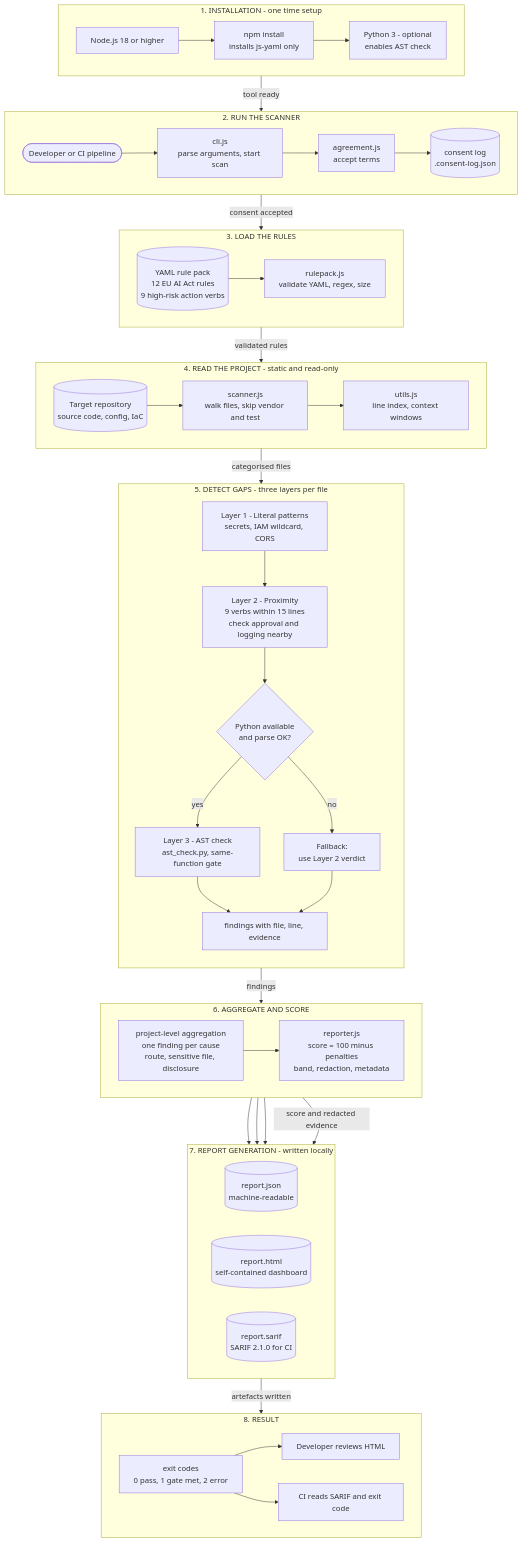
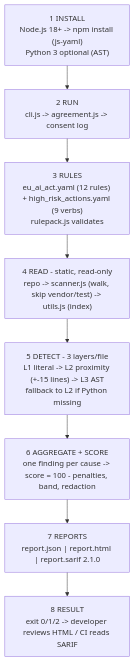
One commit to 2005mohit/-governance-platform- changed the diagram in docs/architecture/system-design-architecture.mmd. Above: the diagram before and after it, drawn with Mermaid. The commit also changed 1 other file, not shown here.

Commit message:
docs: compact the architecture diagram to one small Mermaid flow

```diff
--- a/docs/architecture/system-design-architecture.mmd
+++ b/docs/architecture/system-design-architecture.mmd
@@ -1,89 +1,10 @@
 flowchart TB
-    %% ========== 1. INSTALLATION ==========
-    subgraph S1["1. INSTALLATION - one time setup"]
-        direction LR
-        NODE["Node.js 18 or higher"]
-        NPM["npm install<br/>installs js-yaml only"]
-        PY["Python 3 - optional<br/>enables AST check"]
-        NODE --> NPM --> PY
-    end
-
-    %% ========== 2. START ==========
-    subgraph S2["2. RUN THE SCANNER"]
-        direction LR
-        USER(["Developer or CI pipeline"])
-        CLI["cli.js<br/>parse arguments, start scan"]
-        CONSENT["agreement.js<br/>accept terms"]
-        LOG[("consent log<br/>.consent-log.json")]
-        USER --> CLI --> CONSENT --> LOG
-    end
-
-    %% ========== 3. RULES ==========
-    subgraph S3["3. LOAD THE RULES"]
-        direction LR
-        YAML[("YAML rule pack<br/>12 EU AI Act rules<br/>9 high-risk action verbs")]
-        VALID["rulepack.js<br/>validate YAML, regex, size"]
-        YAML --> VALID
-    end
-
-    %% ========== 4. SCAN ==========
-    subgraph S4["4. READ THE PROJECT - static and read-only"]
-        direction LR
-        TARGET[("Target repository<br/>source code, config, IaC")]
-        WALK["scanner.js<br/>walk files, skip vendor and test"]
-        INDEX["utils.js<br/>line index, context windows"]
-        TARGET --> WALK --> INDEX
-    end
-
-    %% ========== 5. DETECT ==========
-    subgraph S5["5. DETECT GAPS - three layers per file"]
-        direction TB
-        L1["Layer 1 - Literal patterns<br/>secrets, IAM wildcard, CORS"]
-        L2["Layer 2 - Proximity<br/>9 verbs within 15 lines<br/>check approval and logging nearby"]
-        Q{"Python available<br/>and parse OK?"}
-        L3["Layer 3 - AST check<br/>ast_check.py, same-function gate"]
-        FB["Fallback:<br/>use Layer 2 verdict"]
-        L1 --> L2 --> Q
-        Q -->|"yes"| L3
-        Q -->|"no"| FB
-        L3 --> FN["findings with file, line, evidence"]
-        FB --> FN
-    end
-
-    %% ========== 6. AGGREGATE ==========
-    subgraph S6["6. AGGREGATE AND SCORE"]
-        direction LR
-        AGG["project-level aggregation<br/>one finding per cause<br/>route, sensitive file, disclosure"]
-        SCORE["reporter.js<br/>score = 100 minus penalties<br/>band, redaction, metadata"]
-        AGG --> SCORE
-    end
-
-    %% ========== 7. REPORTS ==========
-    subgraph S7["7. REPORT GENERATION - written locally"]
-        direction LR
-        RJ[("report.json<br/>machine-readable")]
-        RH[("report.html<br/>self-contained dashboard")]
-        RS[("report.sarif<br/>SARIF 2.1.0 for CI")]
-    end
-
-    %% ========== 8. RESULT ==========
-    subgraph S8["8. RESULT"]
-        direction LR
-        EXIT["exit codes<br/>0 pass, 1 gate met, 2 error"]
-        REVIEW["Developer reviews HTML"]
-        GATE["CI reads SARIF and exit code"]
-        EXIT --> REVIEW
-        EXIT --> GATE
-    end
-
-    %% ========== FLOW BETWEEN PHASES ==========
-    S1 -->|"tool ready"| S2
-    S2 -->|"consent accepted"| S3
-    S3 -->|"validated rules"| S4
-    S4 -->|"categorised files"| S5
-    S5 -->|"findings"| S6
-    S6 -->|"score and redacted evidence"| S7
-    S7 -->|"artefacts written"| S8
-    SCORE --> RJ
-    SCORE --> RH
-    SCORE --> RS
+    A["1 INSTALL<br/>Node.js 18+ -> npm install (js-yaml)<br/>Python 3 optional (AST)"]
+    B["2 RUN<br/>cli.js -> agreement.js -> consent log"]
+    C["3 RULES<br/>eu_ai_act.yaml (12 rules) + high_risk_actions.yaml (9 verbs)<br/>rulepack.js validates"]
+    D["4 READ - static, read-only<br/>repo -> scanner.js (walk, skip vendor/test) -> utils.js (index)"]
+    E["5 DETECT - 3 layers/file<br/>L1 literal -> L2 proximity (+-15 lines) -> L3 AST<br/>fallback to L2 if Python missing"]
+    F["6 AGGREGATE + SCORE<br/>one finding per cause -> score = 100 - penalties, band, redaction"]
+    G["7 REPORTS<br/>report.json | report.html | report.sarif 2.1.0"]
+    H["8 RESULT<br/>exit 0/1/2 -> developer reviews HTML / CI reads SARIF"]
+    A --> B --> C --> D --> E --> F --> G --> H
```
